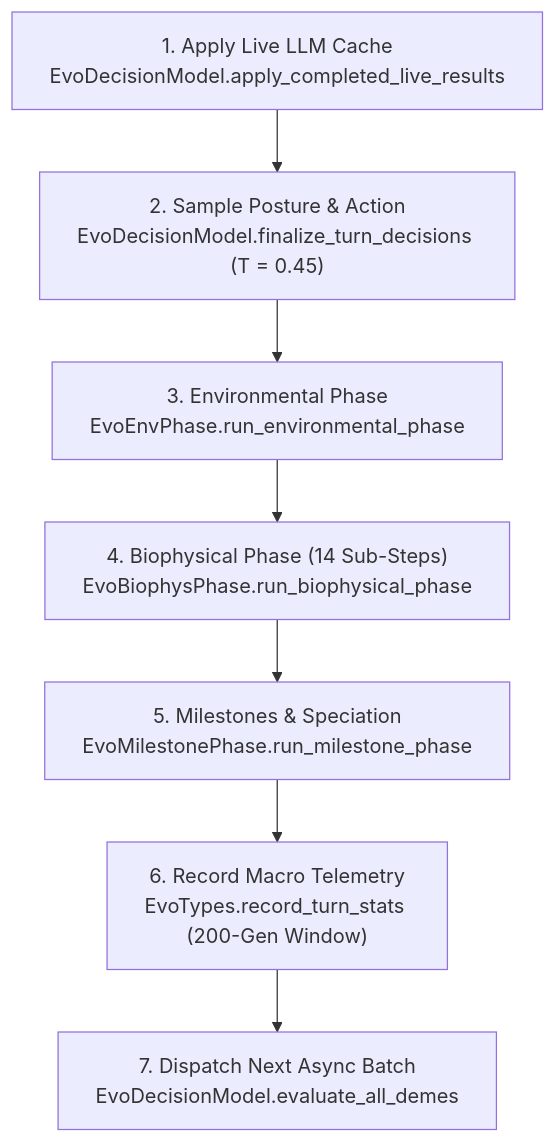
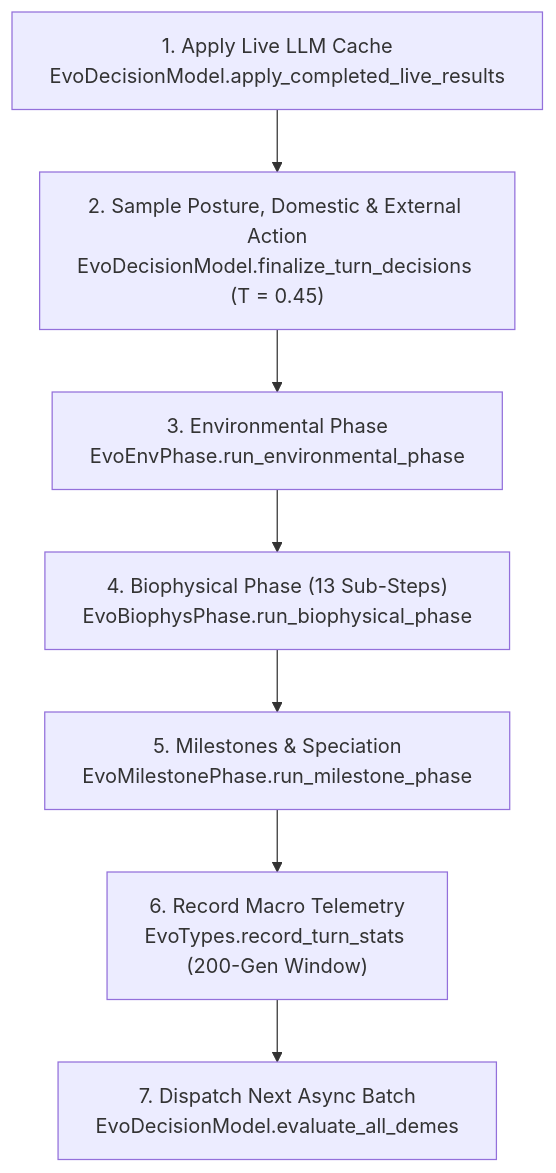
Before and after one commit to arrase/Evolution: the diagram in gh-pages/turn_iterations_mechanics.md, drawn with Mermaid. The commit also changed other lines of this file and 31 other files, not shown here.

````diff
--- a/gh-pages/turn_iterations_mechanics.md
+++ b/gh-pages/turn_iterations_mechanics.md
@@ -11,9 +11,9 @@
 ```mermaid
 flowchart TD
-    S1["1. Apply Live LLM Cache<br/>EvoDecisionModel.apply_completed_live_results"] --> S2["2. Sample Posture &amp; Action<br/>EvoDecisionModel.finalize_turn_decisions (T = 0.45)"]
+    S1["1. Apply Live LLM Cache<br/>EvoDecisionModel.apply_completed_live_results"] --> S2["2. Sample Posture, Domestic &amp; External Action<br/>EvoDecisionModel.finalize_turn_decisions (T = 0.45)"]
     S2 --> S3["3. Environmental Phase<br/>EvoEnvPhase.run_environmental_phase"]
-    S3 --> S4["4. Biophysical Phase (14 Sub-Steps)<br/>EvoBiophysPhase.run_biophysical_phase"]
+    S3 --> S4["4. Biophysical Phase (13 Sub-Steps)<br/>EvoBiophysPhase.run_biophysical_phase"]
     S4 --> S5["5. Milestones &amp; Speciation<br/>EvoMilestonePhase.run_milestone_phase"]
     S5 --> S6["6. Record Macro Telemetry<br/>EvoTypes.record_turn_stats (200-Gen Window)"]
     S6 --> S7["7. Dispatch Next Async Batch<br/>EvoDecisionModel.evaluate_all_demes"]
 ```
````
